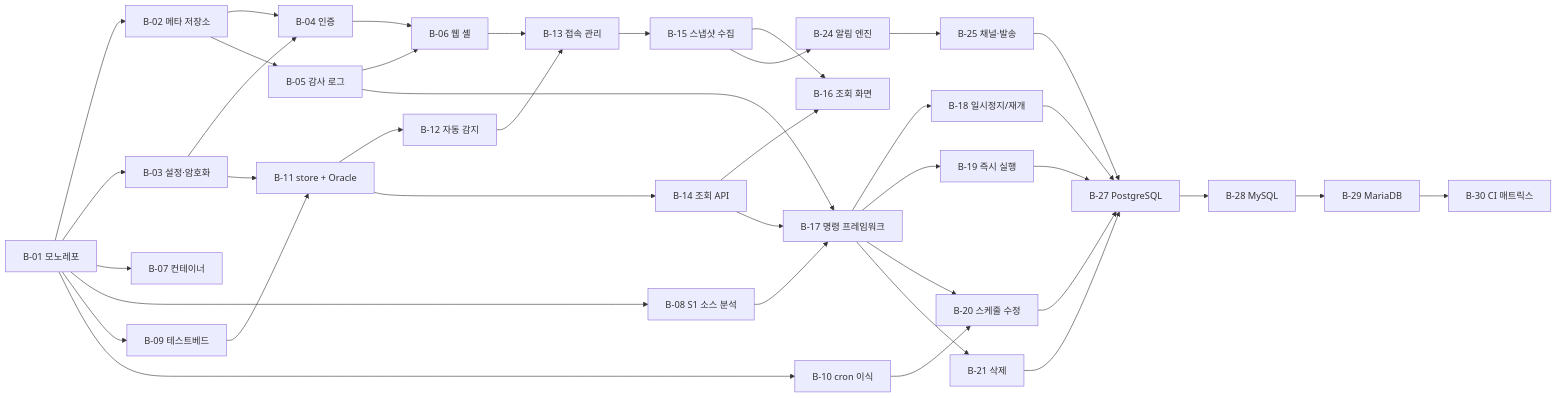
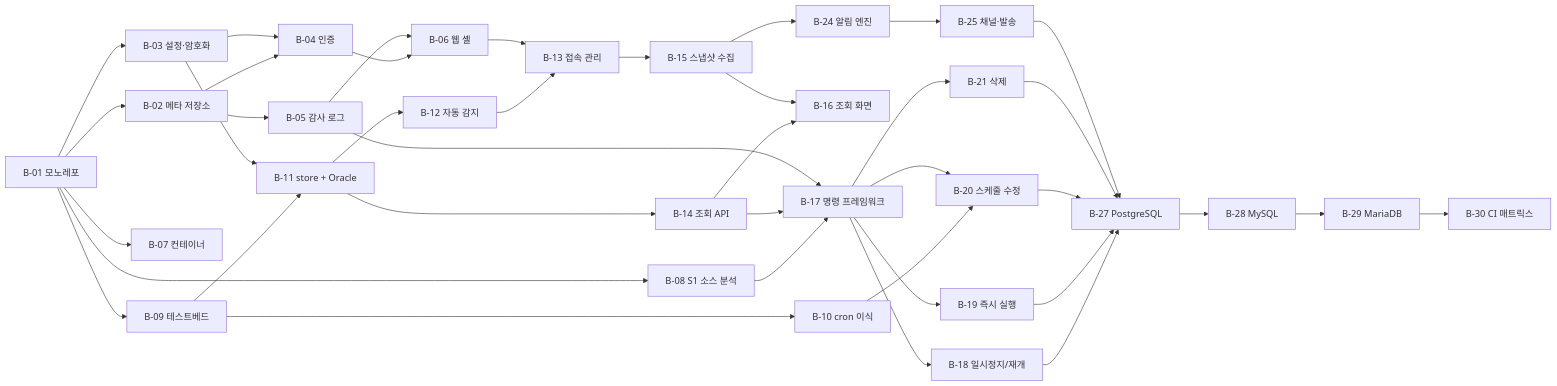
Before and after one commit to courage-work/quartz-admin: the diagram in docs/BACKLOG.md, drawn with Mermaid. The commit also changed other lines of this file and 31 other files, not shown here.

````diff
--- a/docs/BACKLOG.md
+++ b/docs/BACKLOG.md
@@ -59,34 +59,34 @@
 ```mermaid
 flowchart LR
   B01[B-01 모노레포] --> B02[B-02 메타 저장소] --> B04[B-04 인증]
   B01 --> B03[B-03 설정·암호화] --> B04
   B02 --> B05[B-05 감사 로그]
   B04 --> B06[B-06 웹 셸]
   B05 --> B06
   B01 --> B07[B-07 컨테이너]
   B01 --> B08[B-08 S1 소스 분석]
   B01 --> B09[B-09 테스트베드]
-  B01 --> B10[B-10 cron 이식]
+  B09 --> B10[B-10 cron 이식]
   B09 --> B11[B-11 store + Oracle]
   B03 --> B11
   B11 --> B12[B-12 자동 감지]
   B12 --> B13[B-13 접속 관리]
   B06 --> B13
   B11 --> B14[B-14 조회 API]
   B13 --> B15[B-15 스냅샷 수집]
   B14 --> B16[B-16 조회 화면]
   B15 --> B16
   B08 --> B17[B-17 명령 프레임워크]
   B14 --> B17
   B05 --> B17
   B17 --> B18[B-18 일시정지/재개]
   B17 --> B19[B-19 즉시 실행]
   B10 --> B20[B-20 스케줄 수정]
   B17 --> B20
   B17 --> B21[B-21 삭제]
   B15 --> B24[B-24 알림 엔진]
   B24 --> B25[B-25 채널·발송]
   B18 & B19 & B20 & B21 & B25 --> B27[B-27 PostgreSQL]
   B27 --> B28[B-28 MySQL] --> B29[B-29 MariaDB]
   B29 --> B30[B-30 CI 매트릭스]
 ```
````
